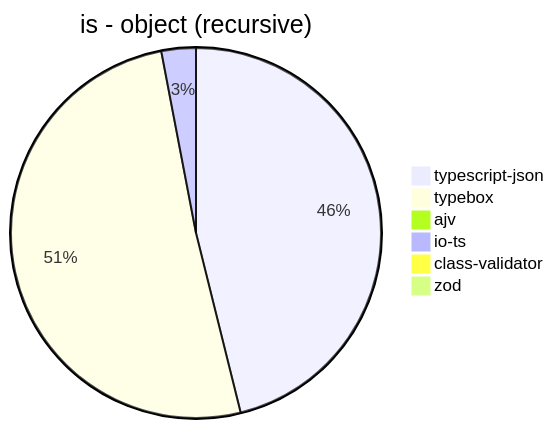
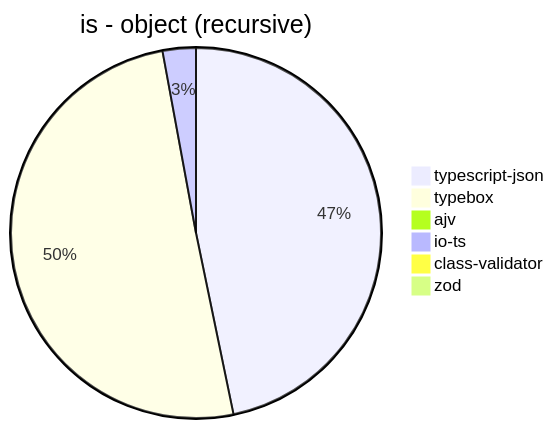
Before and after one commit to samchon/typia: the second of 39 diagrams in benchmark/results/AMD Ryzen 7 5800H with Radeon Graphics.md, drawn with Mermaid. The commit also changed other lines of this file and 3 other files, not shown here.

````diff
--- a/benchmark/results/AMD Ryzen 7 5800H with Radeon Graphics.md
+++ b/benchmark/results/AMD Ryzen 7 5800H with Radeon Graphics.md
@@ -32,9 +32,9 @@
 ```mermaid
 pie title is - object (recursive)
-  "typescript-json": 74203.32458442695
-  "typebox": 81845.89983489268
+  "typescript-json": 73601.20052522978
+  "typebox": 79260.83840917234
   "ajv": 0
-  "io-ts": 4838.11475409836
-  "class-validator": 37.32039559619332
-  "zod": 70.17219033512313
+  "io-ts": 4564.314590224182
+  "class-validator": 36.30974434975917
+  "zod": 66.98302609965322
 ```
````
